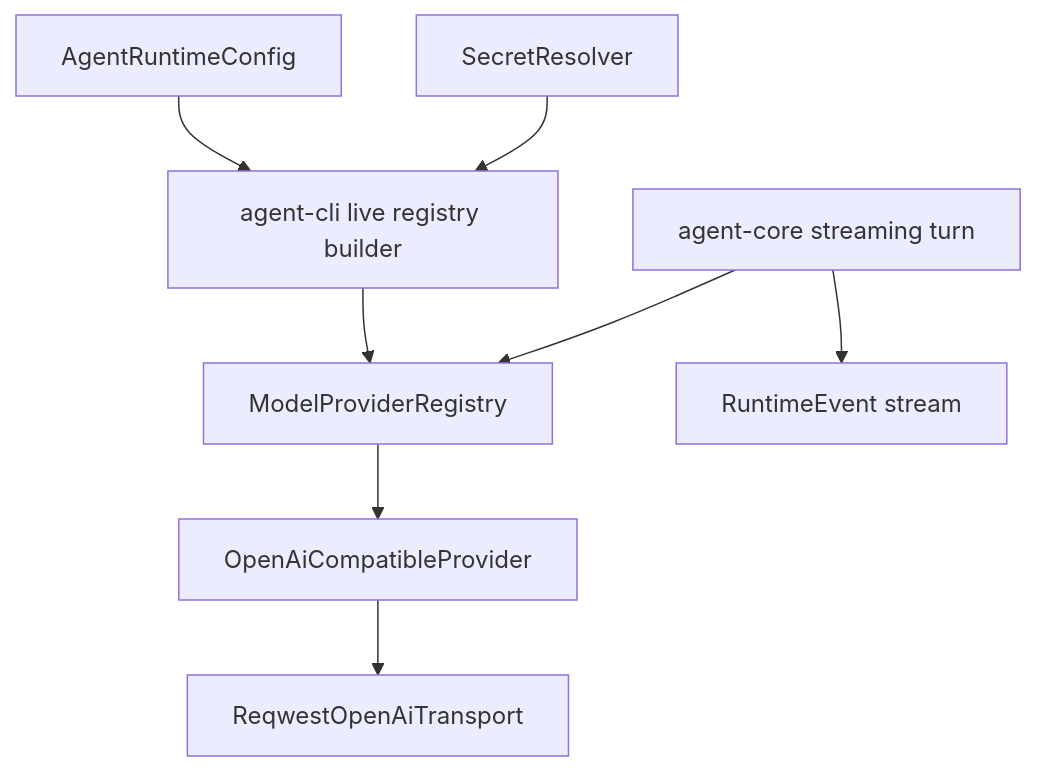
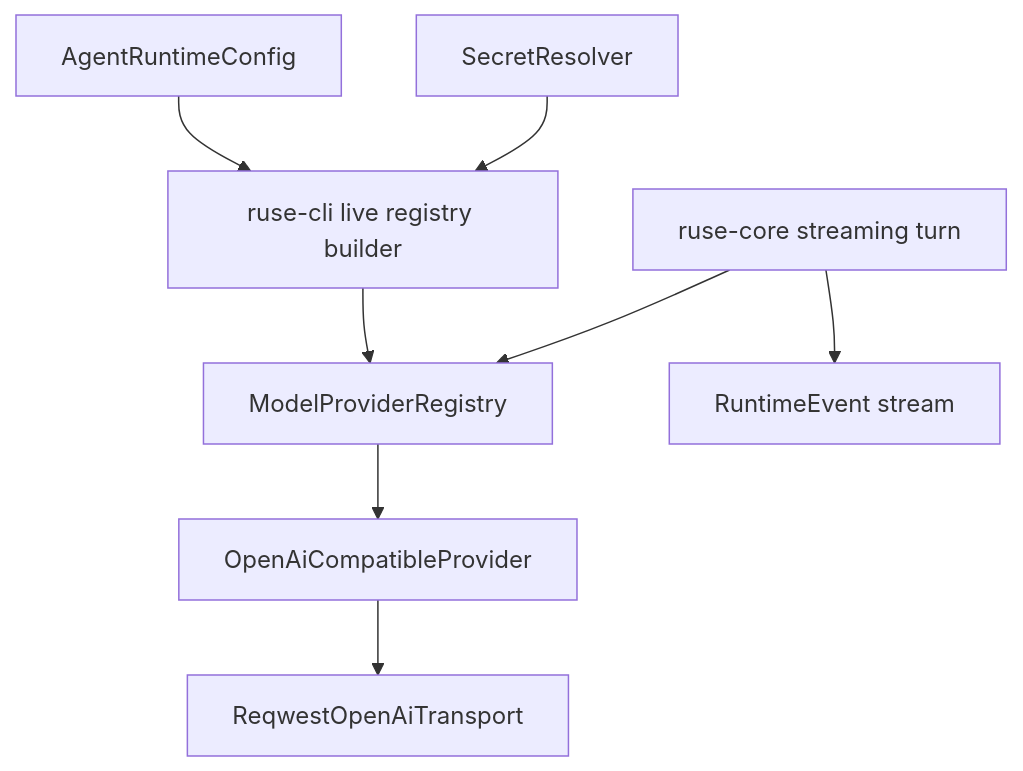
The diagram in docs/specs/M17-00-live-model-runtime-technical-design.spec.md (poneding/agent), drawn with Mermaid before and after one commit. The commit also changed other lines of this file and 2091 other files, not shown here.

First line of the commit message:
refactor: rename agent branding to ruse

````diff
--- a/docs/specs/M17-00-live-model-runtime-technical-design.spec.md
+++ b/docs/specs/M17-00-live-model-runtime-technical-design.spec.md
@@ -35,10 +35,10 @@
 ```mermaid
 flowchart TD
-  Config["AgentRuntimeConfig"] --> CLI["agent-cli live registry builder"]
+  Config["AgentRuntimeConfig"] --> CLI["ruse-cli live registry builder"]
   Secrets["SecretResolver"] --> CLI
   CLI --> Registry["ModelProviderRegistry"]
   Registry --> Provider["OpenAiCompatibleProvider"]
   Provider --> Transport["ReqwestOpenAiTransport"]
-  Core["agent-core streaming turn"] --> Registry
+  Core["ruse-core streaming turn"] --> Registry
   Core --> Events["RuntimeEvent stream"]
 ```
````
